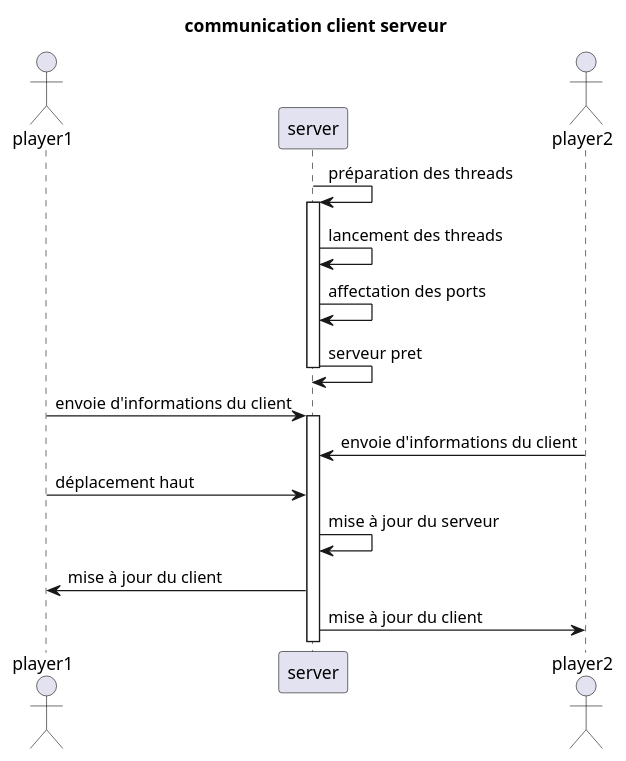
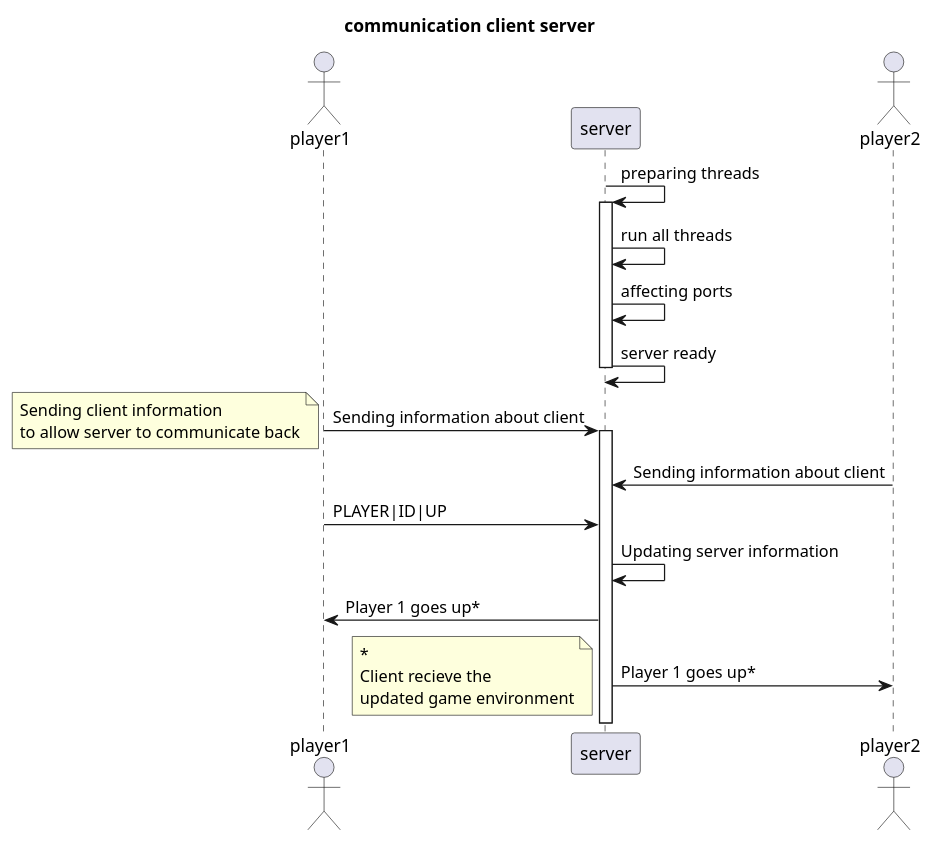
The diagram in doc/communication_uml_seq.plantuml (MatteoDeVita/R-Type-multiplayer), drawn with PlantUML before and after one commit. The commit also changed 1 other file, not shown here.

Commit message:
updating doc with udp protocol and changing doc language to english

```diff
--- a/doc/communication_uml_seq.plantuml
+++ b/doc/communication_uml_seq.plantuml
@@ -1,17 +1,26 @@
 @startuml
-title communication client serveur
+title communication client server
 actor player2 order 30
 actor player1 order 10
 participant server order 20
 
-server -> server  ++ : préparation des threads
-server -> server : lancement des threads
-server -> server : affectation des ports
-server -> server -- : serveur pret
-player1 -> server ++ : envoie d'informations du client
-player2 -> server : envoie d'informations du client
-player1 -> server : déplacement haut
-server -> server : mise à jour du serveur
-server -> player1 : mise à jour du client
-server -> player2 : mise à jour du client
+server -> server  ++ : preparing threads
+server -> server : run all threads
+server -> server : affecting ports
+server -> server -- : server ready
+player1 -> server ++ : Sending information about client
+note left
+Sending client information
+to allow server to communicate back
+end note
+player2 -> server : Sending information about client
+player1 -> server : PLAYER|ID|UP
+server -> server : Updating server information
+server -> player1 : Player 1 goes up*
+server -> player2 : Player 1 goes up*
+note left
+*
+Client recieve the 
+updated game environment
+end note
 @enduml
```
